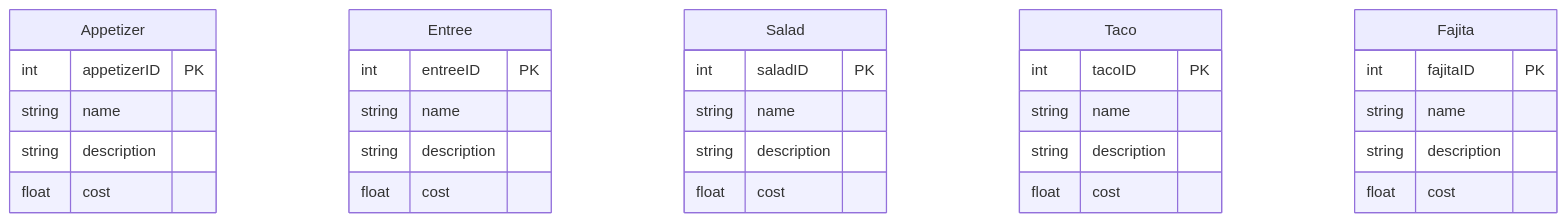
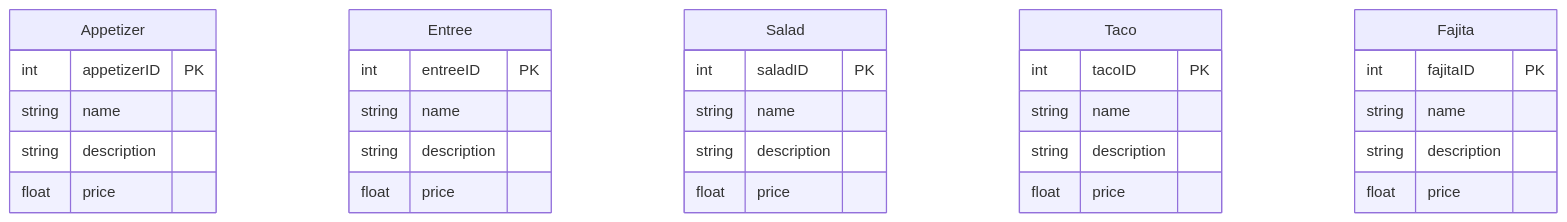
Before and after one commit to cesarguerrero1/restaurant-api: the diagram in readme-assets/database-design-simple.md, drawn with Mermaid. The commit also changed 8 other files, not shown here.

````diff
--- a/readme-assets/database-design-simple.md
+++ b/readme-assets/database-design-simple.md
@@ -1,37 +1,37 @@
 ```mermaid
     erDiagram
     Appetizer{
         int appetizerID PK
         string name
         string description
-        float cost
+        float price
     }
 
     Entree{
         int entreeID PK
         string name
         string description
-        float cost
+        float price
     }
 
     Salad{
         int saladID PK
         string name
         string description
-        float cost
+        float price
     }
 
     Taco{
         int tacoID PK
         string name
         string description
-        float cost
+        float price
     }
 
     Fajita{
         int fajitaID PK
         string name
         string description
-        float cost
+        float price
     }
 ```
````
